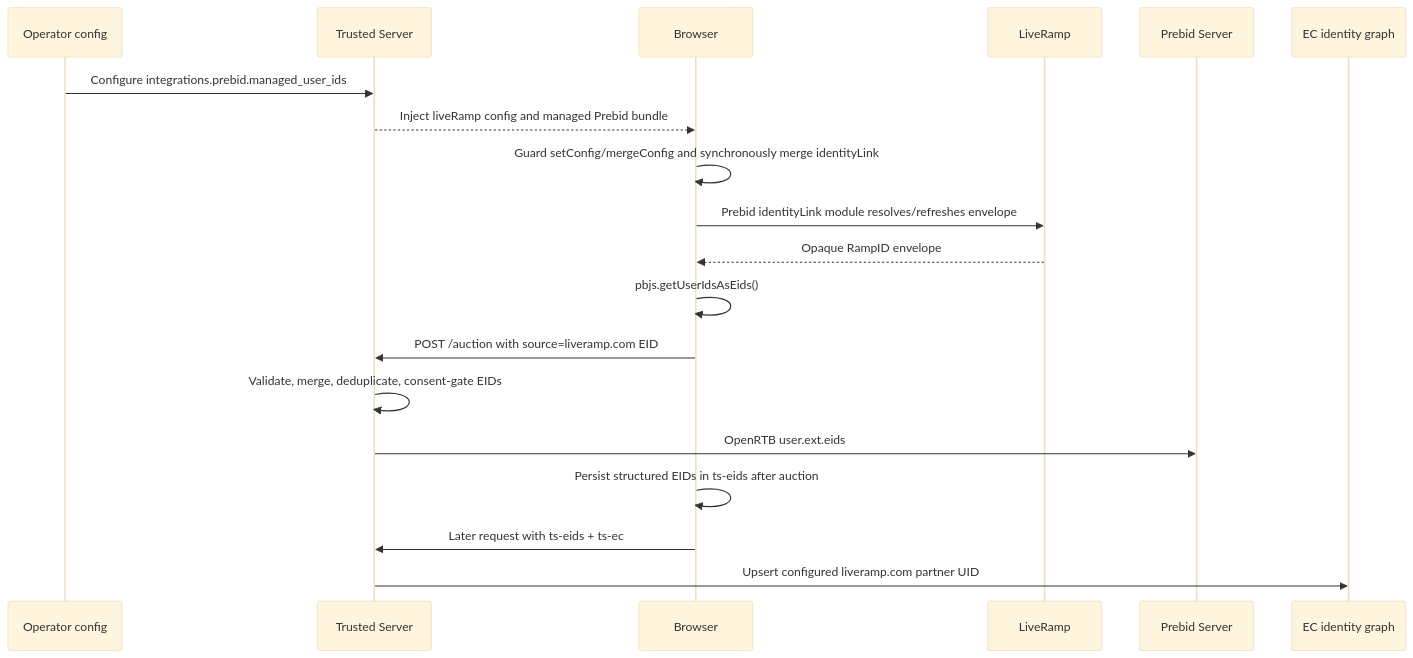
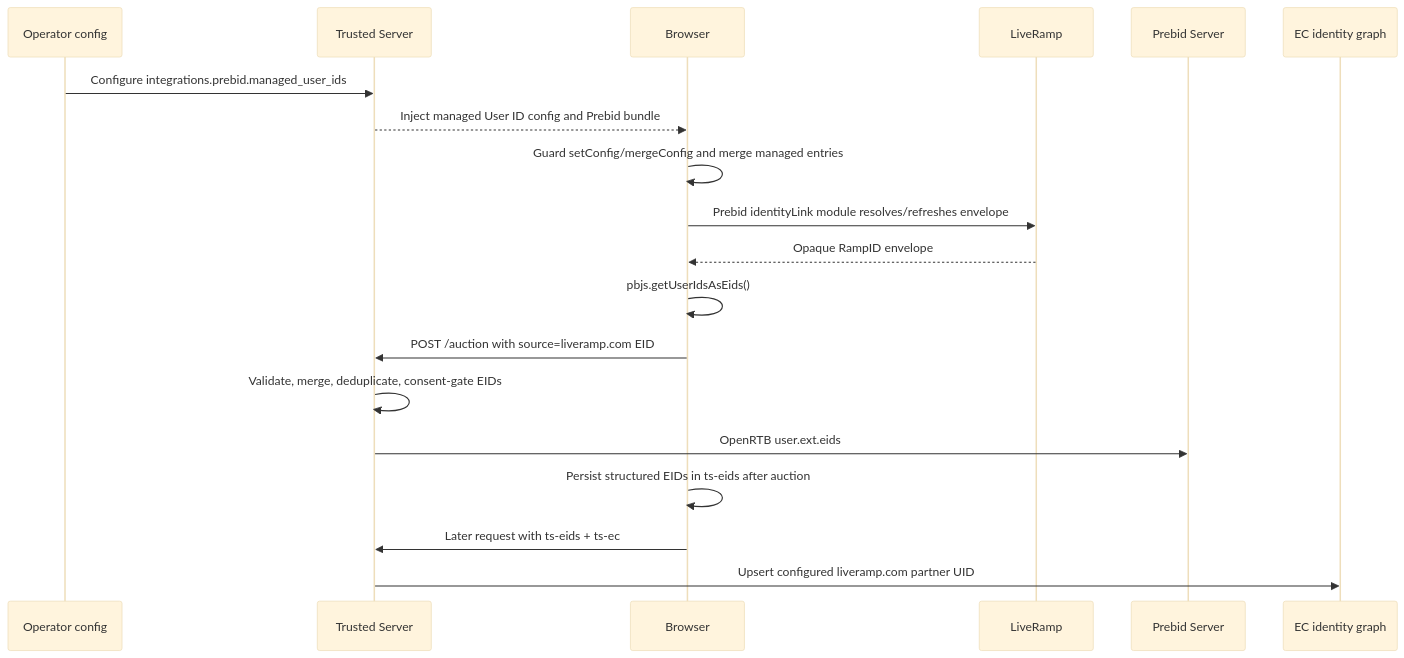
The diagram in docs/superpowers/specs/2026-08-21-liveramp-integration-design.md (IABTechLab/trusted-server), drawn with Mermaid (base theme) before and after one commit. The commit also changed other lines of this file, not shown here.

Commit message:
Design managed User ID bundle validation

````diff
--- a/docs/superpowers/specs/2026-08-21-liveramp-integration-design.md
+++ b/docs/superpowers/specs/2026-08-21-liveramp-integration-design.md
@@ -384,22 +414,22 @@
 ```mermaid
 sequenceDiagram
     participant O as Operator config
     participant TS as Trusted Server
     participant B as Browser
     participant LR as LiveRamp
     participant PBS as Prebid Server
     participant KV as EC identity graph
 
     O->>TS: Configure integrations.prebid.managed_user_ids
-    TS-->>B: Inject liveRamp config and managed Prebid bundle
-    B->>B: Guard setConfig/mergeConfig and synchronously merge identityLink
+    TS-->>B: Inject managed User ID config and Prebid bundle
+    B->>B: Guard setConfig/mergeConfig and merge managed entries
     B->>LR: Prebid identityLink module resolves/refreshes envelope
     LR-->>B: Opaque RampID envelope
     B->>B: pbjs.getUserIdsAsEids()
     B->>TS: POST /auction with source=liveramp.com EID
     TS->>TS: Validate, merge, deduplicate, consent-gate EIDs
     TS->>PBS: OpenRTB user.ext.eids
     B->>B: Persist structured EIDs in ts-eids after auction
     B->>TS: Later request with ts-eids + ts-ec
     TS->>KV: Upsert configured liveramp.com partner UID
 ```
````
